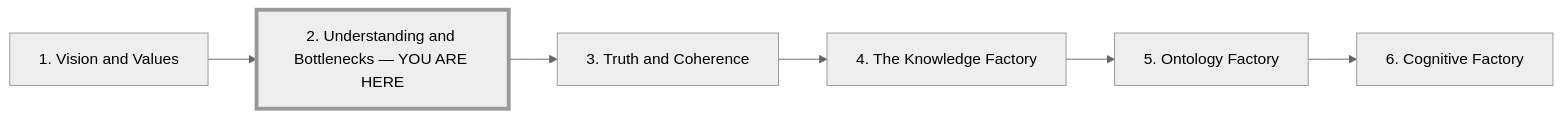
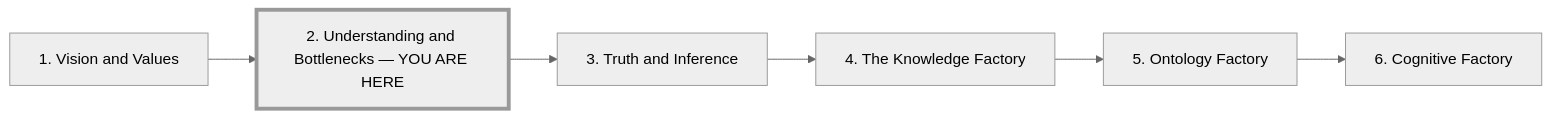
The diagram in libs/blogs/articles/understanding-and-bottlenecks/draft/outline.md (th-m/th-m), drawn with Mermaid (neutral theme) before and after one commit. The commit also changed other lines of this file and 23 other files, not shown here.

Commit message:
edit(truth-and-inference): restore title and practical framing

````diff
--- a/libs/blogs/articles/understanding-and-bottlenecks/draft/outline.md
+++ b/libs/blogs/articles/understanding-and-bottlenecks/draft/outline.md
@@ -47,11 +47,11 @@
 ```mermaid
 flowchart LR
   V["1. Vision and Values"]
   U["2. Understanding and Bottlenecks — YOU ARE HERE"]
-  T["3. Truth and Coherence"]
+  T["3. Truth and Inference"]
   K["4. The Knowledge Factory"]
   O["5. Ontology Factory"]
   C["6. Cognitive Factory"]
   V --> U --> T --> K --> O --> C
   style U stroke-width:4px
 ```
````
